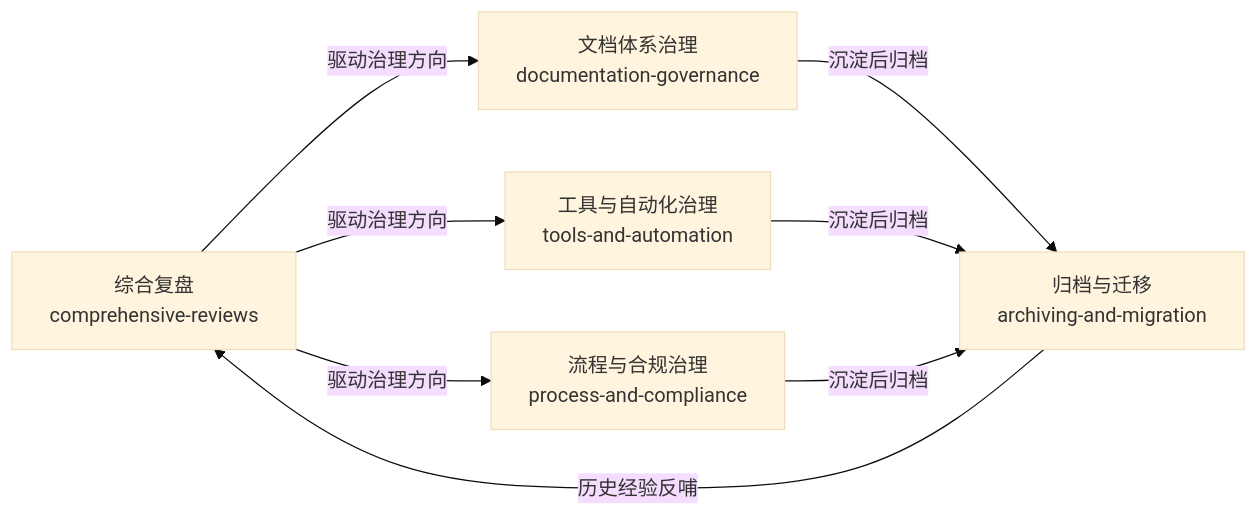
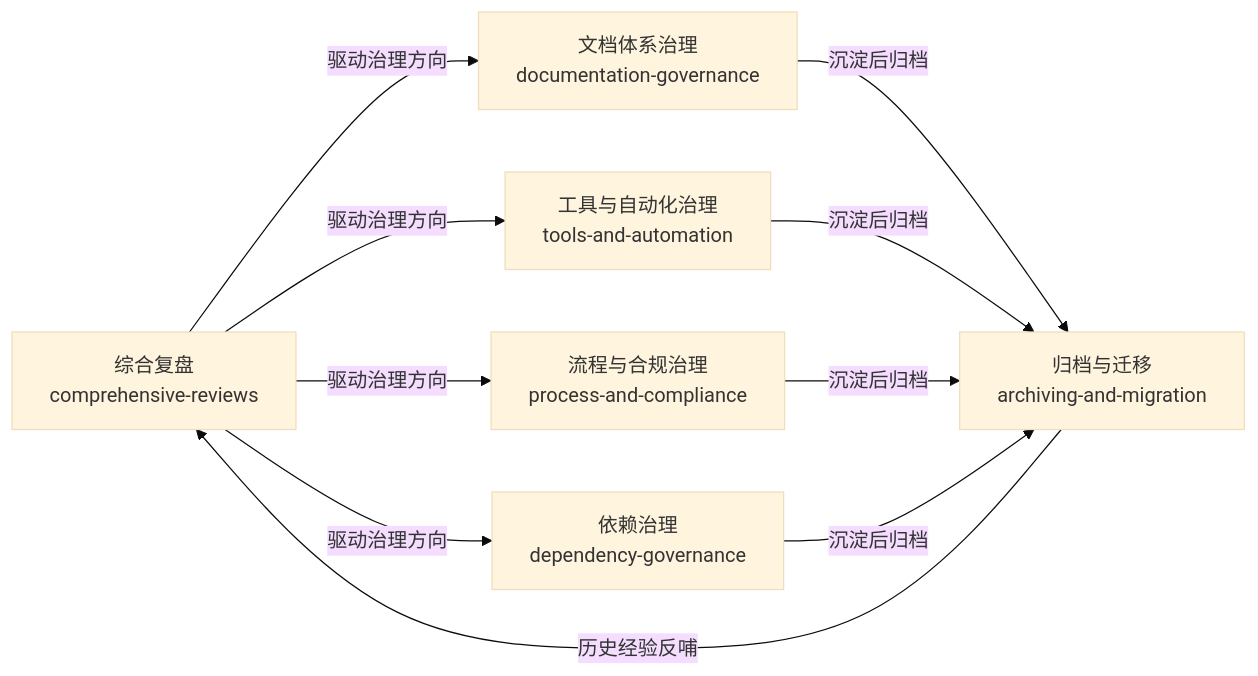
One commit to xinetzone/SpecWeave changed the diagram in docs/retrospective/reports/project-governance/README.md. Above: the diagram before and after it, drawn with Mermaid (base theme). The commit also changed other lines of this file and 15 other files, not shown here.

````diff
--- a/docs/retrospective/reports/project-governance/README.md
+++ b/docs/retrospective/reports/project-governance/README.md
@@ -23,10 +24,12 @@
 ```mermaid
 flowchart LR
     CR["综合复盘<br/>comprehensive-reviews"] -->|"驱动治理方向"| DG["文档体系治理<br/>documentation-governance"]
     CR -->|"驱动治理方向"| TA["工具与自动化治理<br/>tools-and-automation"]
     CR -->|"驱动治理方向"| PC["流程与合规治理<br/>process-and-compliance"]
+    CR -->|"驱动治理方向"| DEPG["依赖治理<br/>dependency-governance"]
     DG -->|"沉淀后归档"| AM["归档与迁移<br/>archiving-and-migration"]
     TA -->|"沉淀后归档"| AM
     PC -->|"沉淀后归档"| AM
+    DEPG -->|"沉淀后归档"| AM
     AM -->|"历史经验反哺"| CR
 ```
````
